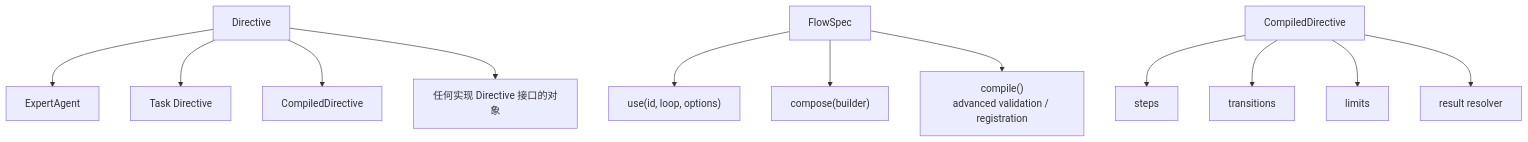
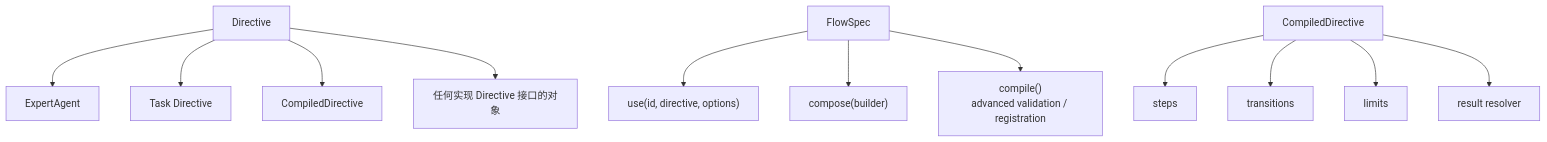
Before and after one commit to pqpo/pragma: the sixth of 18 diagrams in docs/architecture/agent-core-architecture.md, drawn with Mermaid. The commit also changed other lines of this file and 58 other files, not shown here.

````diff
--- a/docs/architecture/agent-core-architecture.md
+++ b/docs/architecture/agent-core-architecture.md
@@ -161,19 +161,19 @@
 ```mermaid
 flowchart TB
-  loop["Directive"]
-  loop --> expertAgent["ExpertAgent"]
-  loop --> taskLoop["Task Directive"]
-  loop --> compiledLoopRef["CompiledDirective"]
-  loop --> customLoop["任何实现 Directive 接口的对象"]
+  directive["Directive"]
+  directive --> expertAgent["ExpertAgent"]
+  directive --> taskDirective["Task Directive"]
+  directive --> compiledDirectiveRef["CompiledDirective"]
+  directive --> customDirective["任何实现 Directive 接口的对象"]
 
   flowSpec["FlowSpec"]
-  flowSpec --> use["use(id, loop, options)"]
+  flowSpec --> use["use(id, directive, options)"]
   flowSpec --> compose["compose(builder)"]
   flowSpec --> compile["compile()<br/>advanced validation / registration"]
 
-  compiledLoop["CompiledDirective"]
-  compiledLoop --> steps["steps"]
-  compiledLoop --> transitions["transitions"]
-  compiledLoop --> limits["limits"]
-  compiledLoop --> resultResolver["result resolver"]
+  compiledDirective["CompiledDirective"]
+  compiledDirective --> steps["steps"]
+  compiledDirective --> transitions["transitions"]
+  compiledDirective --> limits["limits"]
+  compiledDirective --> resultResolver["result resolver"]
 ```
````
